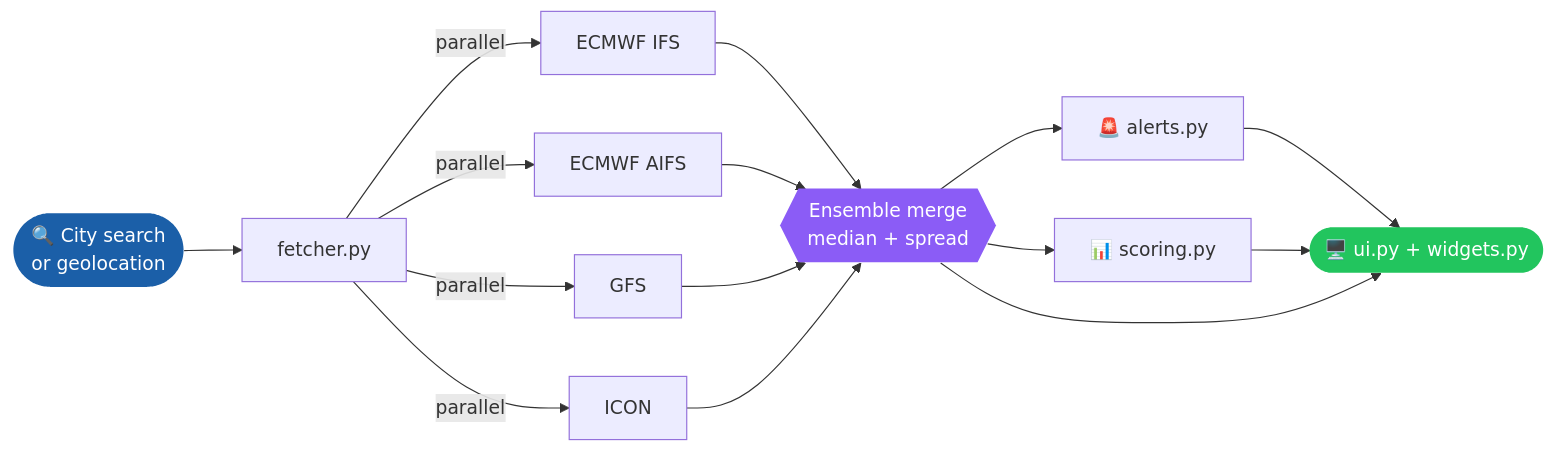
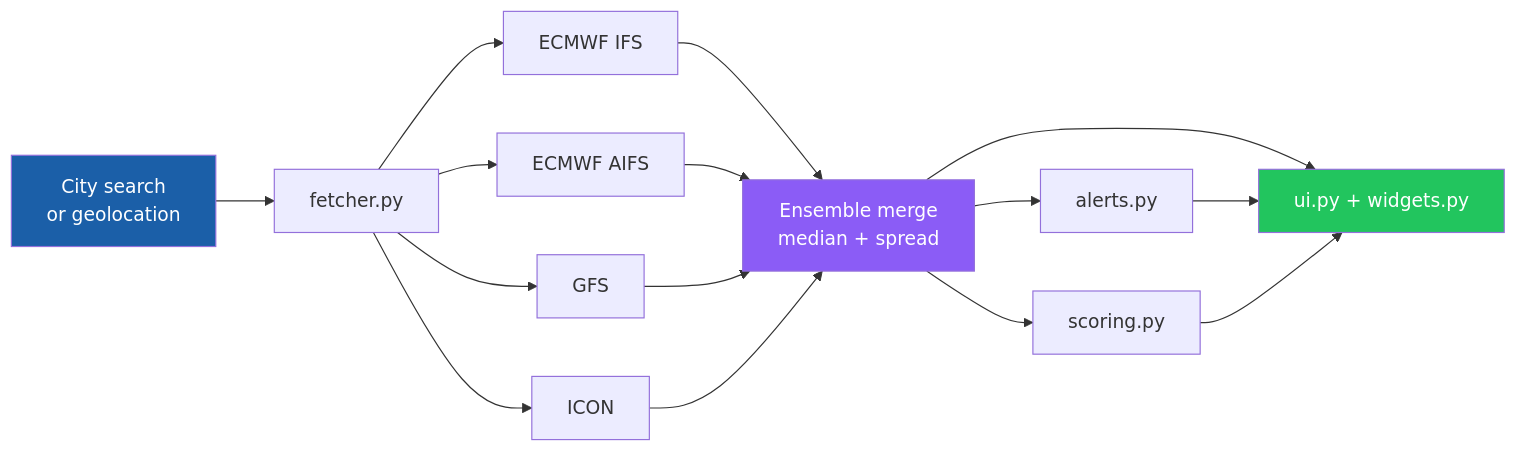
Before and after one commit to sonubiswal/Weather-Forecasting: the diagram in README.md, drawn with Mermaid.

Commit message:
fix: simplify mermaid diagram for GitHub renderer

````diff
--- a/README.md
+++ b/README.md
@@ -130,18 +130,21 @@
 ```mermaid
 flowchart LR
-    A([🔍 City search<br/>or geolocation]) --> B[fetcher.py]
-    B -->|parallel| C1[ECMWF IFS]
-    B -->|parallel| C2[ECMWF AIFS]
-    B -->|parallel| C3[GFS]
-    B -->|parallel| C4[ICON]
-    C1 & C2 & C3 & C4 --> D{{Ensemble merge<br/>median + spread}}
-    D --> E[🚨 alerts.py]
-    D --> F[📊 scoring.py]
-    E --> G([🖥️ ui.py + widgets.py])
+    A["City search<br/>or geolocation"] --> B["fetcher.py"]
+    B --> C1["ECMWF IFS"]
+    B --> C2["ECMWF AIFS"]
+    B --> C3["GFS"]
+    B --> C4["ICON"]
+    C1 --> D["Ensemble merge<br/>median + spread"]
+    C2 --> D
+    C3 --> D
+    C4 --> D
+    D --> E["alerts.py"]
+    D --> F["scoring.py"]
+    D --> G["ui.py + widgets.py"]
+    E --> G
     F --> G
-    D --> G
 
-    style A fill:#1b5fa8,color:#fff,stroke:none
-    style D fill:#8b5cf6,color:#fff,stroke:none
-    style G fill:#22c55e,color:#fff,stroke:none
+    style A fill:#1b5fa8,color:#fff
+    style D fill:#8b5cf6,color:#fff
+    style G fill:#22c55e,color:#fff
 ```
````
